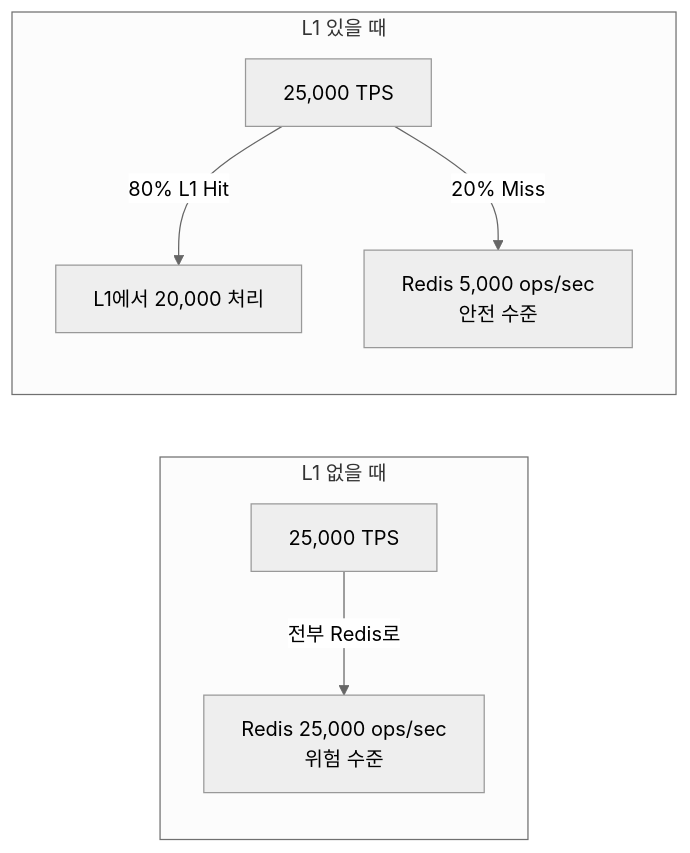
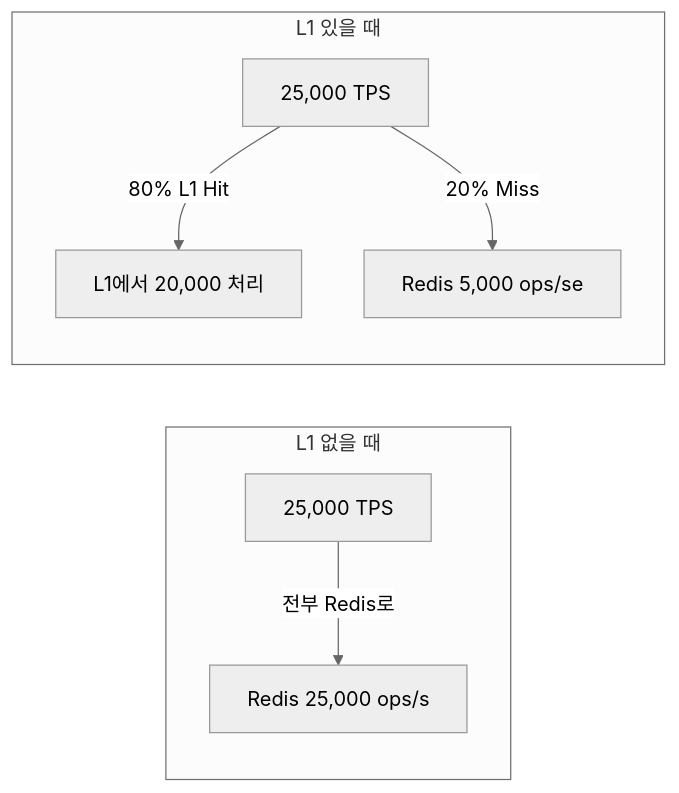
One commit to yjkim2015/yjkim2015.github.io changed the seventh of 8 diagrams in _posts/caching/2026-05-03-multi-layer-caching.md. Above: the diagram before and after it, drawn with Mermaid (neutral theme). The commit also changed other lines of this file and 271 other files, not shown here.

First line of the commit message:
Mermaid 라벨 축소: 긴 노드 텍스트 18자 이하로 트림 + \n 제거

````diff
--- a/_posts/caching/2026-05-03-multi-layer-caching.md
+++ b/_posts/caching/2026-05-03-multi-layer-caching.md
@@ -537,10 +537,10 @@
 ```mermaid
 graph LR
     subgraph "L1 없을 때"
-        A1["25,000 TPS"] -->|"전부 Redis로"| R1["Redis 25,000 ops/sec\n위험 수준"]
+        A1["25,000 TPS"] -->|"전부 Redis로"| R1["Redis 25,000 ops/s"]
     end
     subgraph "L1 있을 때"
         A2["25,000 TPS"] -->|"80% L1 Hit"| L1["L1에서 20,000 처리"]
-        A2 -->|"20% Miss"| R2["Redis 5,000 ops/sec\n안전 수준"]
+        A2 -->|"20% Miss"| R2["Redis 5,000 ops/se"]
     end
 ```
````
